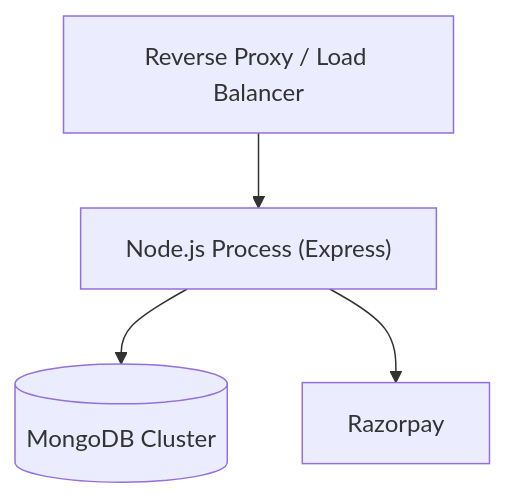
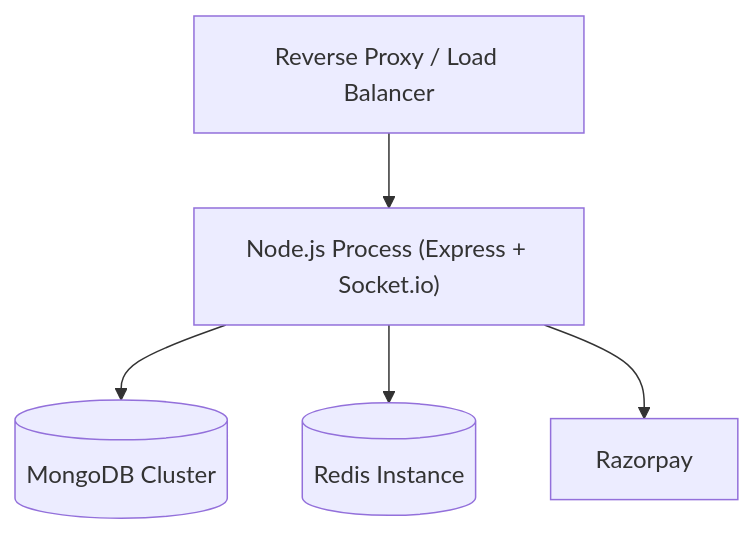
The second of 4 diagrams in srs.md (thisisdkyadav/hostel-management-system-backend), drawn with Mermaid before and after one commit. The commit also changed other lines of this file, not shown here.

````diff
--- a/srs.md
+++ b/srs.md
@@ -133,11 +146,13 @@
 ```mermaid
 graph TD
   LB["Reverse Proxy / Load Balancer"]
-  APP["Node.js Process (Express)"]
+  APP["Node.js Process (Express + Socket.io)"]
   DB[("MongoDB Cluster")]
+  RD[("Redis Instance")]
   RZP[Razorpay]
 
   LB --> APP
   APP --> DB
+  APP --> RD
   APP --> RZP
 ```
````
